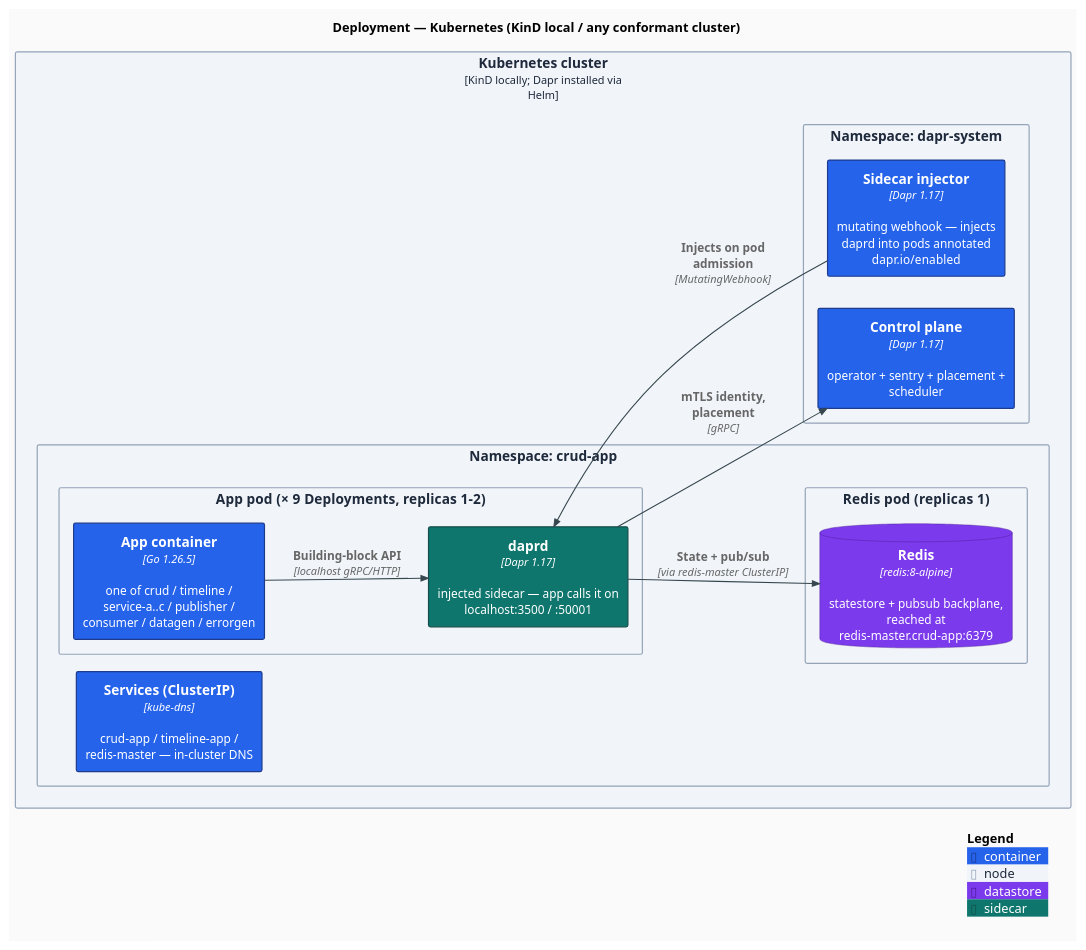
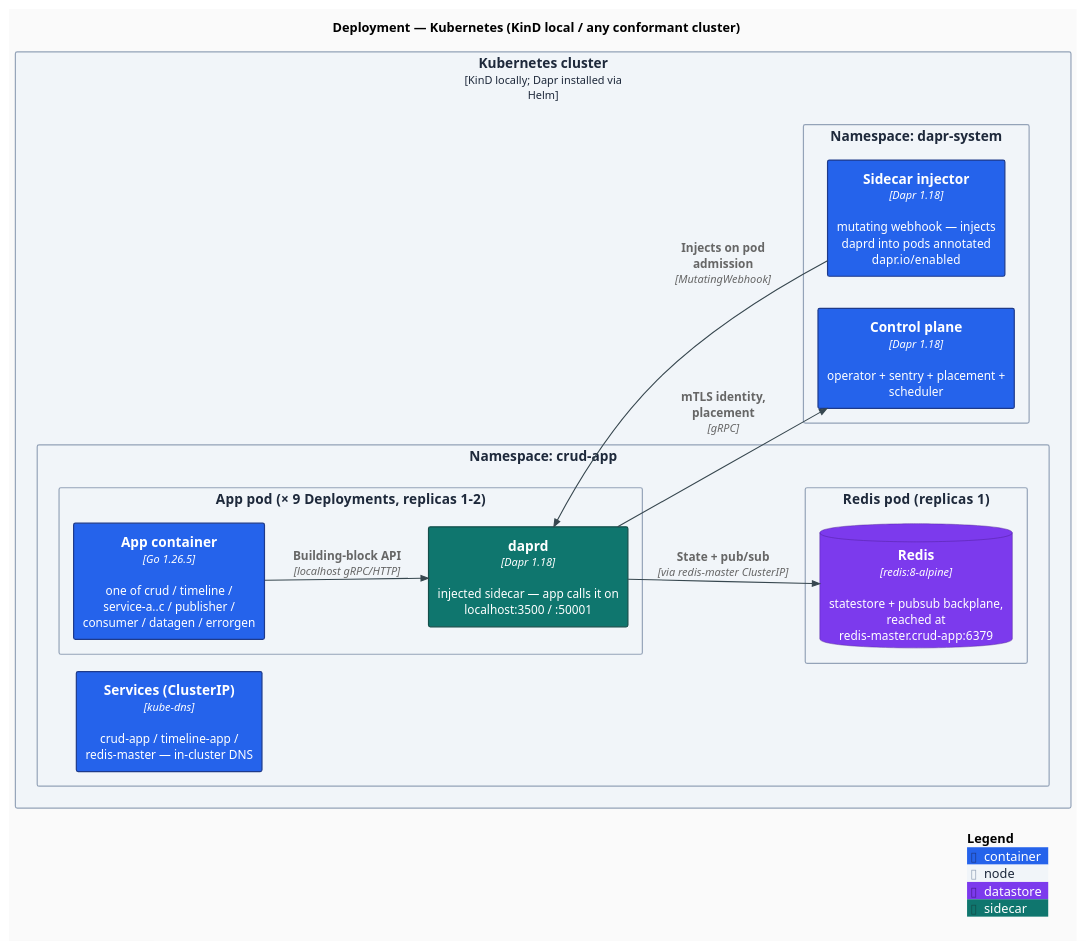
Before and after one commit to AndriyKalashnykov/dapr-go-crud-app: the diagram in docs/diagrams/c4-deployment.puml, drawn with PlantUML. The commit also changed 9 other files, not shown here.

```diff
--- a/docs/diagrams/c4-deployment.puml
+++ b/docs/diagrams/c4-deployment.puml
@@ -1,50 +1,50 @@
 @startuml c4-deployment
 ' Vendored C4-PlantUML (see docs/diagrams/C4-PlantUML/); -DRELATIVE_INCLUDE=. makes
 ' the stdlib's internal includes resolve locally (no network fetch at render time).
 !include C4-PlantUML/C4_Deployment.puml
 
 LAYOUT_LEFT_RIGHT()
 
 ' Modern flat styling: no shadows, sharp corners, clean sans-serif, modern palette.
 skinparam backgroundColor #FAFAFA
 skinparam shadowing false
 skinparam roundCorner 4
 skinparam defaultFontName "Inter, Helvetica, Arial, sans-serif"
 skinparam defaultFontSize 13
 skinparam ArrowColor #37474F
 skinparam ArrowThickness 1.2
 skinparam rectangleBorderThickness 1.3
 
 UpdateElementStyle("container", $fontColor="#FFFFFF", $bgColor="#2563EB", $borderColor="#1E3A8A")
 UpdateElementStyle("node",      $bgColor="#F1F5F9", $borderColor="#94A3B8", $fontColor="#1E293B")
 AddElementTag("datastore", $fontColor="#FFFFFF", $bgColor="#7C3AED", $borderColor="#4C1D95")
 AddElementTag("sidecar",   $fontColor="#FFFFFF", $bgColor="#0F766E", $borderColor="#134E4A")
 
 title Deployment — Kubernetes (KinD local / any conformant cluster)
 
 Deployment_Node(k8s, "Kubernetes cluster", "KinD locally; Dapr installed via Helm") {
 
   Deployment_Node(ns_app, "Namespace: crud-app") {
     Deployment_Node(pod, "App pod  (× 9 Deployments, replicas 1-2)") {
       Container(app, "App container", "Go 1.26.5", "one of crud / timeline / service-a..c / publisher / consumer / datagen / errorgen")
-      Container(sidecar, "daprd", "Dapr 1.17", "injected sidecar — app calls it on localhost:3500 / :50001", $tags="sidecar")
+      Container(sidecar, "daprd", "Dapr 1.18", "injected sidecar — app calls it on localhost:3500 / :50001", $tags="sidecar")
     }
     Deployment_Node(redispod, "Redis pod  (replicas 1)") {
       ContainerDb(redis, "Redis", "redis:8-alpine", "statestore + pubsub backplane, reached at redis-master.crud-app:6379", $tags="datastore")
     }
     Container(svc, "Services (ClusterIP)", "kube-dns", "crud-app / timeline-app / redis-master — in-cluster DNS")
   }
 
   Deployment_Node(ns_dapr, "Namespace: dapr-system") {
-    Container(injector, "Sidecar injector", "Dapr 1.17", "mutating webhook — injects daprd into pods annotated dapr.io/enabled")
-    Container(cp, "Control plane", "Dapr 1.17", "operator + sentry + placement + scheduler")
+    Container(injector, "Sidecar injector", "Dapr 1.18", "mutating webhook — injects daprd into pods annotated dapr.io/enabled")
+    Container(cp, "Control plane", "Dapr 1.18", "operator + sentry + placement + scheduler")
   }
 }
 
 Rel(injector, sidecar, "Injects on pod admission", "MutatingWebhook")
 Rel(app, sidecar, "Building-block API", "localhost gRPC/HTTP")
 Rel(sidecar, redis, "State + pub/sub", "via redis-master ClusterIP")
 Rel(sidecar, cp, "mTLS identity, placement", "gRPC")
 
 SHOW_LEGEND()
 @enduml
```
